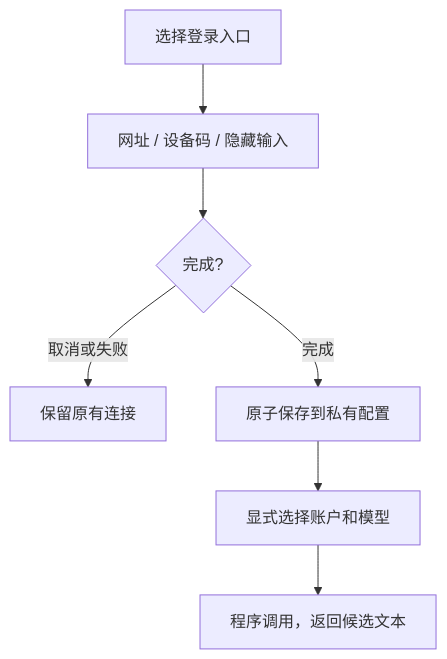
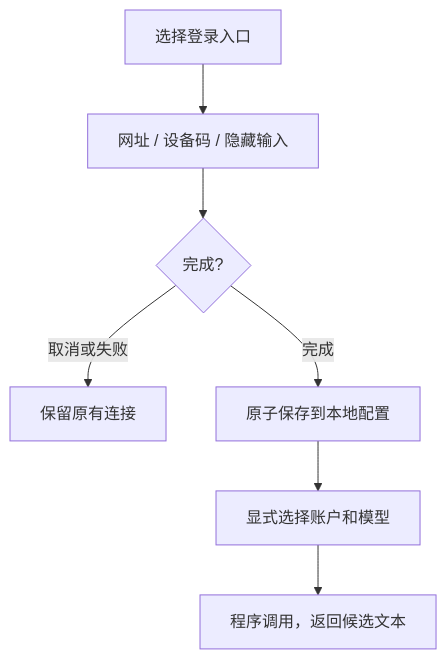
Before and after one commit to AceNanako0721/Factorforge: the second of 2 diagrams in doc/05_模型接入模块式样书.md, drawn with Mermaid. The commit also changed other lines of this file and 33 other files, not shown here.

````diff
--- a/doc/05_模型接入模块式样书.md
+++ b/doc/05_模型接入模块式样书.md
@@ -67,9 +67,9 @@
 ```mermaid
 flowchart TD
   A[选择登录入口] --> B[网址 / 设备码 / 隐藏输入]
   B --> C{完成?}
   C -->|取消或失败| K[保留原有连接]
-  C -->|完成| D[原子保存到私有配置]
+  C -->|完成| D[原子保存到本地配置]
   D --> E[显式选择账户和模型]
   E --> F[程序调用，返回候选文本]
 ```
````
